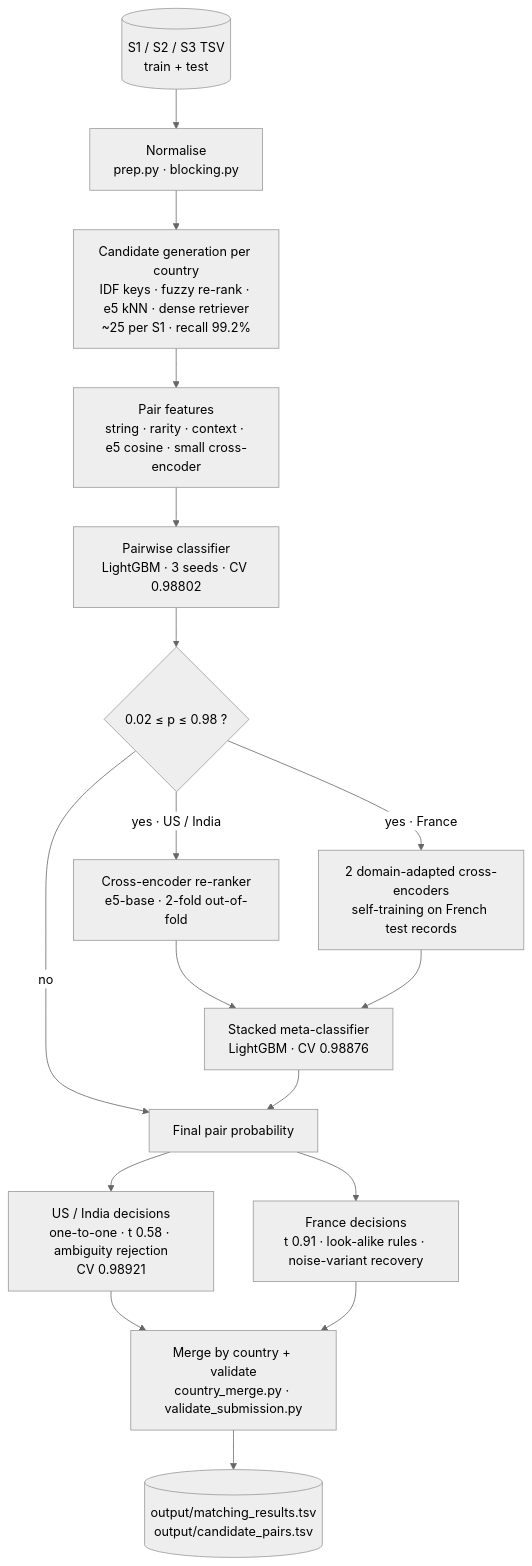
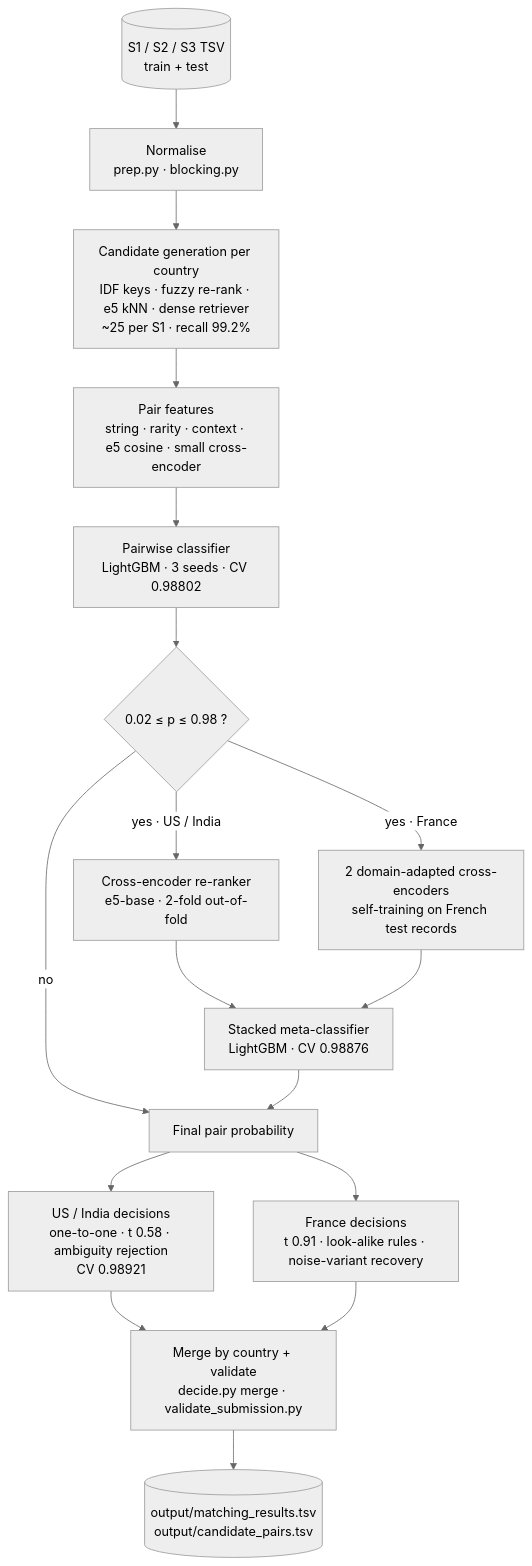
The diagram in code/business_entity_resolution/README.md (Martial-Gautam/Amazon-ML-Challenge-2026), drawn with Mermaid (neutral theme) before and after one commit. The commit also changed other lines of this file and 20 other files, not shown here.

````diff
--- a/code/business_entity_resolution/README.md
+++ b/code/business_entity_resolution/README.md
@@ -167,19 +157,19 @@
 ```mermaid
 flowchart TD
     A[("S1 / S2 / S3 TSV<br/>train + test")] --> B["Normalise<br/>prep.py · blocking.py"]
     B --> C["Candidate generation per country<br/>IDF keys · fuzzy re-rank · e5 kNN · dense retriever<br/>~25 per S1 · recall 99.2%"]
     C --> D["Pair features<br/>string · rarity · context · e5 cosine · small cross-encoder"]
     D --> E["Pairwise classifier<br/>LightGBM · 3 seeds · CV 0.98802"]
     E --> F{"0.02 ≤ p ≤ 0.98 ?"}
     F -- "no" --> K["Final pair probability"]
     F -- "yes · US / India" --> G["Cross-encoder re-ranker<br/>e5-base · 2-fold out-of-fold"]
     F -- "yes · France" --> H["2 domain-adapted cross-encoders<br/>self-training on French test records"]
     G --> I["Stacked meta-classifier<br/>LightGBM · CV 0.98876"]
     H --> I
     I --> K
     K --> L["US / India decisions<br/>one-to-one · t 0.58 · ambiguity rejection<br/>CV 0.98921"]
     K --> M["France decisions<br/>t 0.91 · look-alike rules · noise-variant recovery"]
-    L --> N["Merge by country + validate<br/>country_merge.py · validate_submission.py"]
+    L --> N["Merge by country + validate<br/>decide.py merge · validate_submission.py"]
     M --> N
     N --> O[("output/matching_results.tsv<br/>output/candidate_pairs.tsv")]
 ```
````
